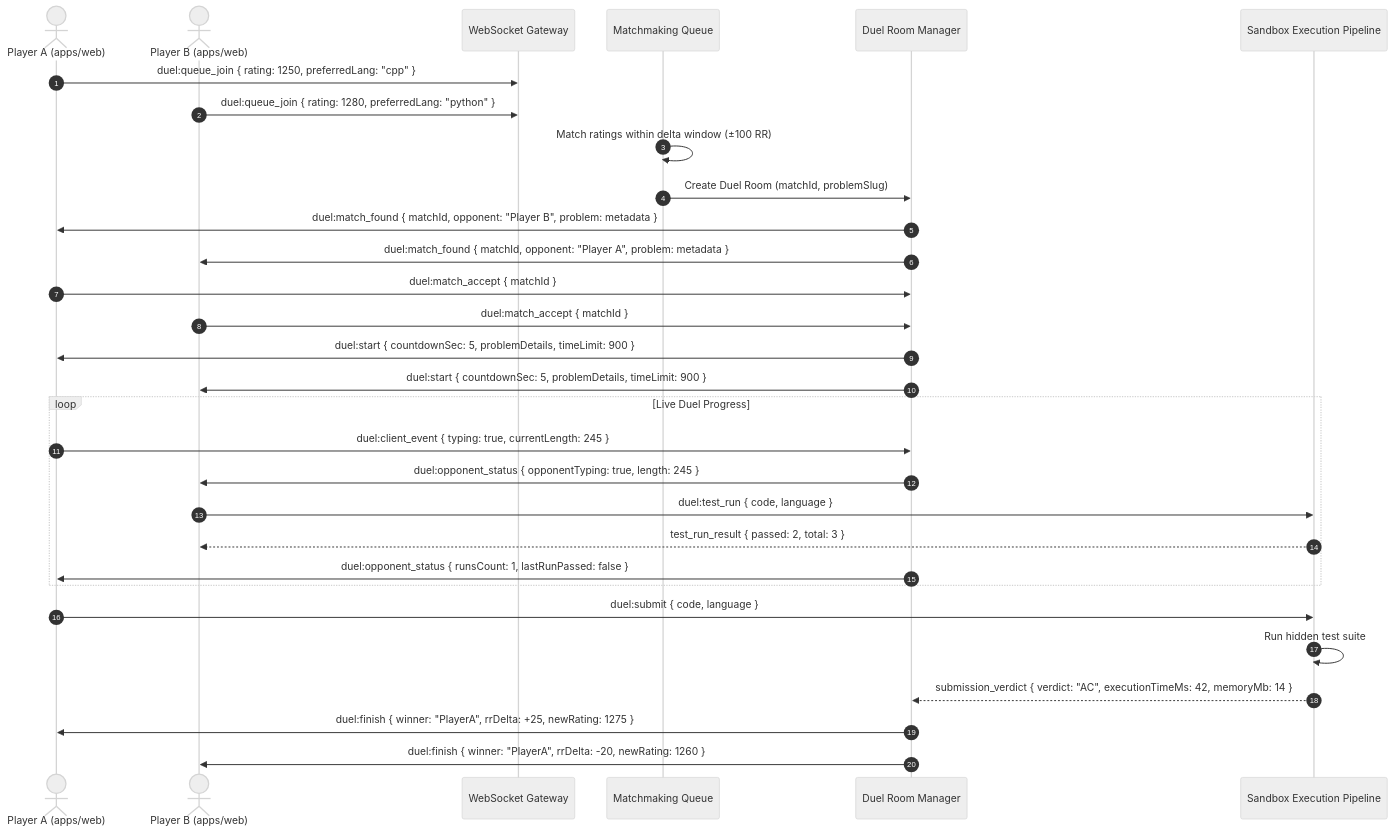
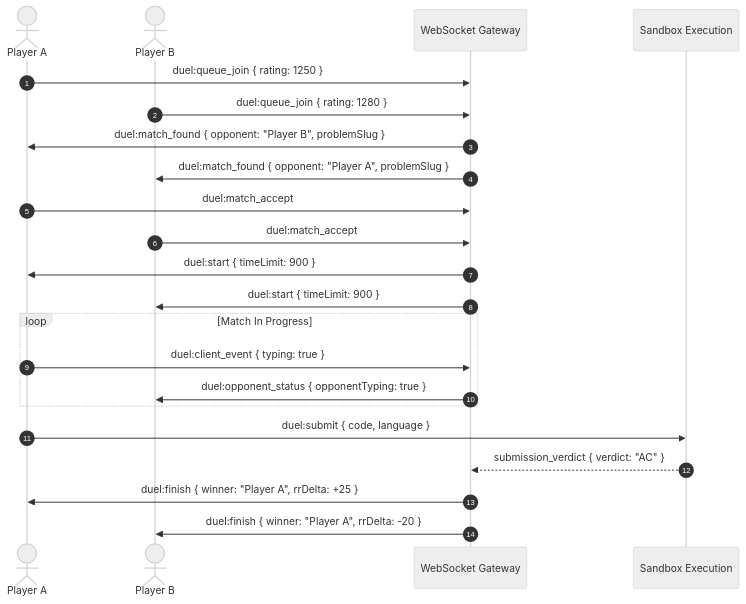
One commit to Riad-Zz/BrackeT changed the second of 2 diagrams in design.md. Above: the diagram before and after it, drawn with Mermaid (neutral theme). The commit also changed other lines of this file, not shown here.

````diff
--- a/design.md
+++ b/design.md
@@ -345,36 +125,27 @@
 ```mermaid
 sequenceDiagram
     autonumber
-    actor PlayerA as Player A (apps/web)
-    actor PlayerB as Player B (apps/web)
+    actor A as Player A
+    actor B as Player B
     participant WS as WebSocket Gateway
-    participant Matchmaker as Matchmaking Queue
-    participant Room as Duel Room Manager
-    participant Judge as Sandbox Execution Pipeline
+    participant Judge as Sandbox Execution
 
-    PlayerA->>WS: duel:queue_join { rating: 1250, preferredLang: "cpp" }
-    PlayerB->>WS: duel:queue_join { rating: 1280, preferredLang: "python" }
-    Matchmaker->>Matchmaker: Match ratings within delta window (±100 RR)
-    Matchmaker->>Room: Create Duel Room (matchId, problemSlug)
-    Room->>PlayerA: duel:match_found { matchId, opponent: "Player B", problem: metadata }
-    Room->>PlayerB: duel:match_found { matchId, opponent: "Player A", problem: metadata }
-    
-    PlayerA->>Room: duel:match_accept { matchId }
-    PlayerB->>Room: duel:match_accept { matchId }
-    Room->>PlayerA: duel:start { countdownSec: 5, problemDetails, timeLimit: 900 }
-    Room->>PlayerB: duel:start { countdownSec: 5, problemDetails, timeLimit: 900 }
+    A->>WS: duel:queue_join { rating: 1250 }
+    B->>WS: duel:queue_join { rating: 1280 }
+    WS->>A: duel:match_found { opponent: "Player B", problemSlug }
+    WS->>B: duel:match_found { opponent: "Player A", problemSlug }
+    A->>WS: duel:match_accept
+    B->>WS: duel:match_accept
+    WS->>A: duel:start { timeLimit: 900 }
+    WS->>B: duel:start { timeLimit: 900 }
 
-    loop Live Duel Progress
-        PlayerA->>Room: duel:client_event { typing: true, currentLength: 245 }
-        Room->>PlayerB: duel:opponent_status { opponentTyping: true, length: 245 }
-        PlayerB->>Judge: duel:test_run { code, language }
-        Judge-->>PlayerB: test_run_result { passed: 2, total: 3 }
-        Room->>PlayerA: duel:opponent_status { runsCount: 1, lastRunPassed: false }
+    loop Match In Progress
+        A->>WS: duel:client_event { typing: true }
+        WS->>B: duel:opponent_status { opponentTyping: true }
     end
 
-    PlayerA->>Judge: duel:submit { code, language }
-    Judge->>Judge: Run hidden test suite
-    Judge-->>Room: submission_verdict { verdict: "AC", executionTimeMs: 42, memoryMb: 14 }
-    Room->>PlayerA: duel:finish { winner: "PlayerA", rrDelta: +25, newRating: 1275 }
-    Room->>PlayerB: duel:finish { winner: "PlayerA", rrDelta: -20, newRating: 1260 }
+    A->>Judge: duel:submit { code, language }
+    Judge-->>WS: submission_verdict { verdict: "AC" }
+    WS->>A: duel:finish { winner: "Player A", rrDelta: +25 }
+    WS->>B: duel:finish { winner: "Player A", rrDelta: -20 }
 ```
````
